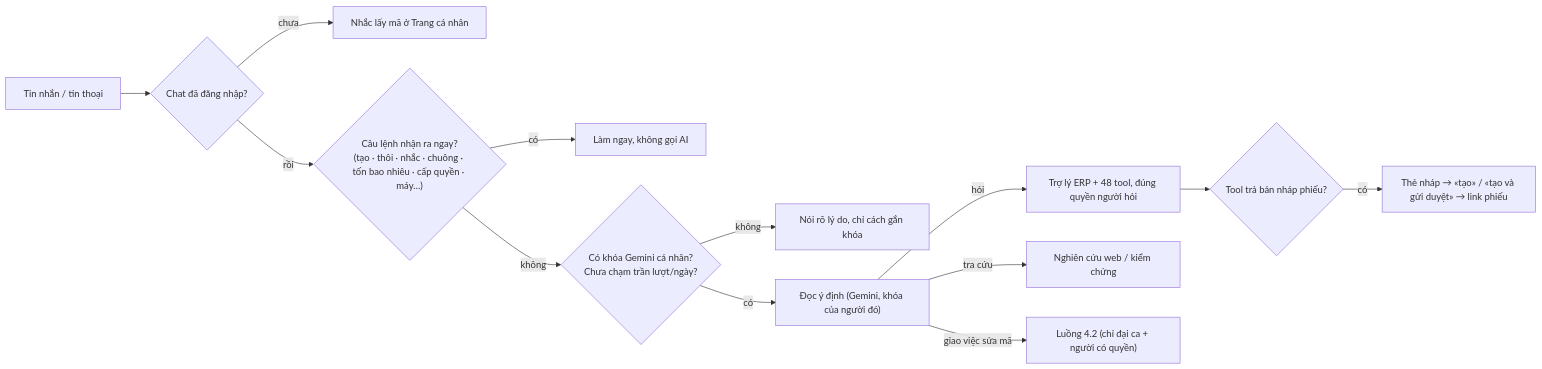
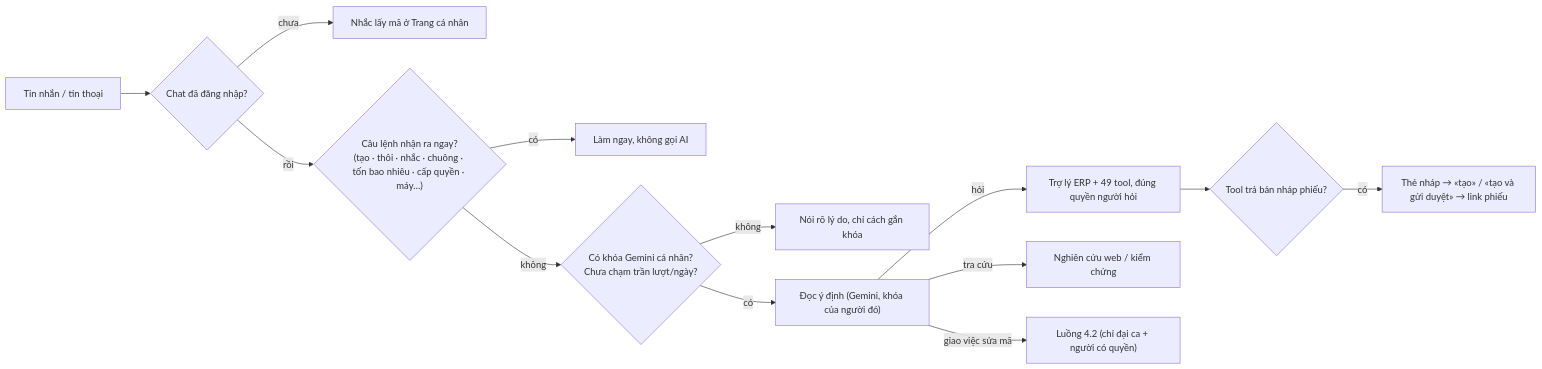
The second of 3 diagrams in doc/agent-hub/07-quy-trinh-va-so-do.md (giabaohb99/procurement-tool), drawn with Mermaid before and after one commit. The commit also changed other lines of this file and 8 other files, not shown here.

````diff
--- a/doc/agent-hub/07-quy-trinh-va-so-do.md
+++ b/doc/agent-hub/07-quy-trinh-va-so-do.md
@@ -93,15 +93,15 @@
 ```mermaid
 flowchart LR
     A["Tin nhắn / tin thoại"] --> B{"Chat đã đăng nhập?"}
     B -- chưa --> B1["Nhắc lấy mã ở Trang cá nhân"]
     B -- rồi --> C{"Câu lệnh nhận ra ngay?<br/>(tạo · thôi · nhắc · chuông · tốn bao nhiêu · cấp quyền · máy…)"}
     C -- có --> C1["Làm ngay, không gọi AI"]
     C -- không --> D{"Có khóa Gemini cá nhân?<br/>Chưa chạm trần lượt/ngày?"}
     D -- không --> D1["Nói rõ lý do, chỉ cách gắn khóa"]
     D -- có --> E["Đọc ý định (Gemini, khóa của người đó)"]
-    E -- hỏi --> F["Trợ lý ERP + 48 tool, đúng quyền người hỏi"]
+    E -- hỏi --> F["Trợ lý ERP + 49 tool, đúng quyền người hỏi"]
     E -- tra cứu --> G["Nghiên cứu web / kiểm chứng"]
     E -- giao việc sửa mã --> H["Luồng 4.2 (chỉ đại ca + người có quyền)"]
     F --> F1{"Tool trả bản nháp phiếu?"}
     F1 -- có --> F2["Thẻ nháp → «tạo» / «tạo và gửi duyệt» → link phiếu"]
 ```
````
